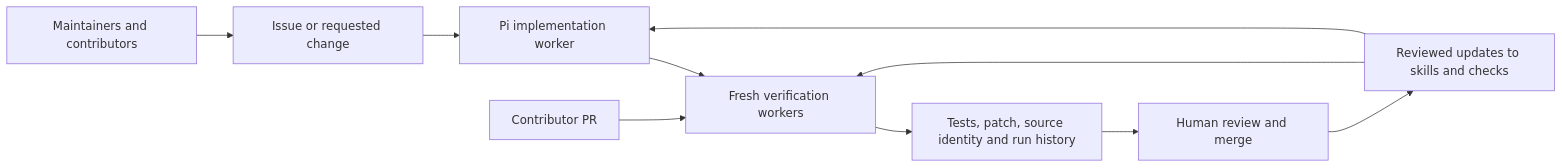
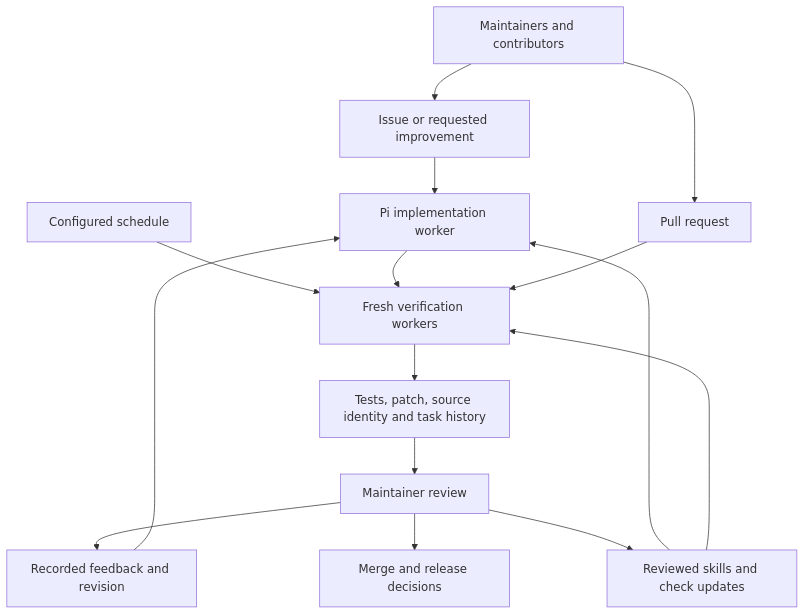
The diagram in .forge/README.md (numinous-technology/d-inference), drawn with Mermaid before and after one commit. The commit also changed other lines of this file and 30 other files, not shown here.

````diff
--- a/.forge/README.md
+++ b/.forge/README.md
@@ -5,12 +14,17 @@
 ```mermaid
-flowchart LR
-    People[Maintainers and contributors] --> Work[Issue or requested change]
-    Work --> Agent[Pi implementation worker]
-    Agent --> Checks[Fresh verification workers]
-    PR[Contributor PR] --> Checks
-    Checks --> Evidence[Tests, patch, source identity and run history]
-    Evidence --> Review[Human review and merge]
-    Review --> Learn[Reviewed updates to skills and checks]
-    Learn --> Agent
-    Learn --> Checks
+flowchart TB
+    People[Maintainers and contributors] --> Request[Issue or requested improvement]
+    People --> PR[Pull request]
+    Clock[Configured schedule] --> Checks
+    Request --> Work[Pi implementation worker]
+    Work --> Checks[Fresh verification workers]
+    PR --> Checks
+    Checks --> Evidence[Tests, patch, source identity and task history]
+    Evidence --> Review[Maintainer review]
+    Review --> Feedback[Recorded feedback and revision]
+    Feedback --> Work
+    Review --> Merge[Merge and release decisions]
+    Review --> Policy[Reviewed skills and check updates]
+    Policy --> Work
+    Policy --> Checks
 ```
````
